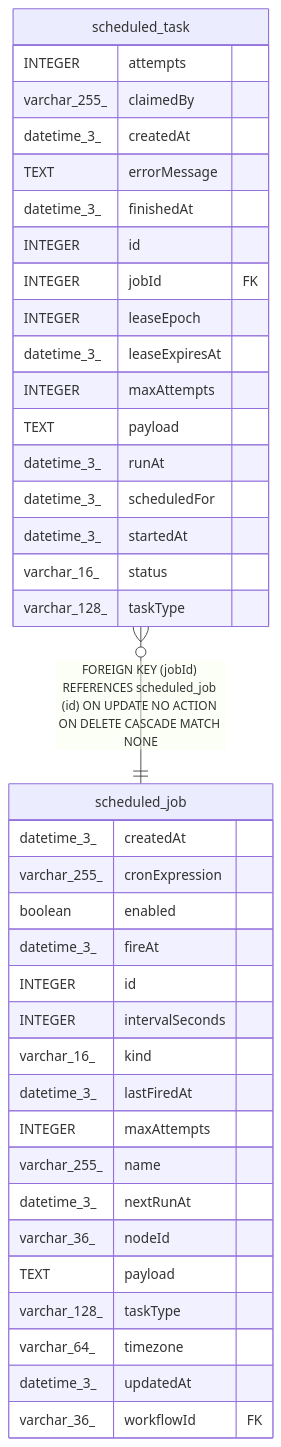
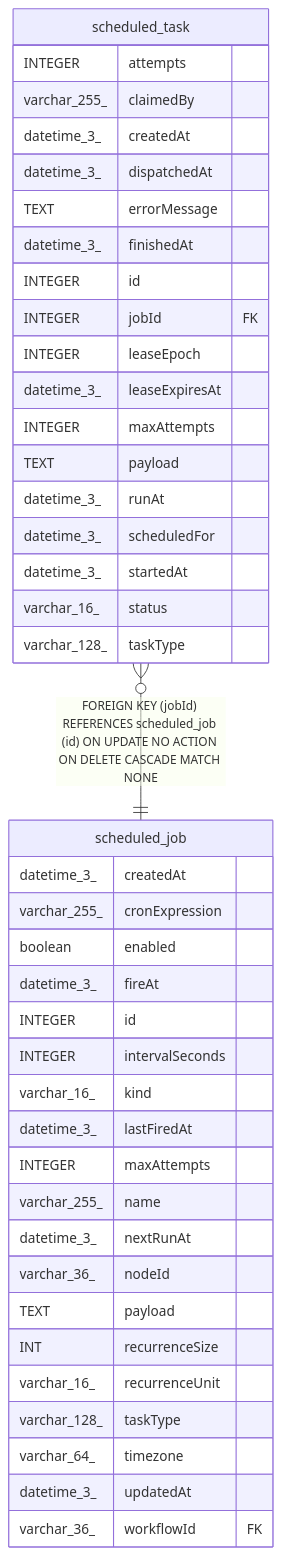
One commit to koreatest12/studys changed the diagram in n8n_integration/n8n_source/docs/generated/sqlite-schema/scheduled_task.md. Above: the diagram before and after it, drawn with Mermaid. The commit also changed other lines of this file and 2956 other files, not shown here.

````diff
--- a/n8n_integration/n8n_source/docs/generated/sqlite-schema/scheduled_task.md
+++ b/n8n_integration/n8n_source/docs/generated/sqlite-schema/scheduled_task.md
@@ -55,43 +56,46 @@
 ```mermaid
 erDiagram
 
 "scheduled_task" }o--|| "scheduled_job" : "FOREIGN KEY (jobId) REFERENCES scheduled_job (id) ON UPDATE NO ACTION ON DELETE CASCADE MATCH NONE"
 
 "scheduled_task" {
   INTEGER attempts
   varchar_255_ claimedBy
   datetime_3_ createdAt
+  datetime_3_ dispatchedAt
   TEXT errorMessage
   datetime_3_ finishedAt
   INTEGER id
   INTEGER jobId FK
   INTEGER leaseEpoch
   datetime_3_ leaseExpiresAt
   INTEGER maxAttempts
   TEXT payload
   datetime_3_ runAt
   datetime_3_ scheduledFor
   datetime_3_ startedAt
   varchar_16_ status
   varchar_128_ taskType
 }
 "scheduled_job" {
   datetime_3_ createdAt
   varchar_255_ cronExpression
   boolean enabled
   datetime_3_ fireAt
   INTEGER id
   INTEGER intervalSeconds
   varchar_16_ kind
   datetime_3_ lastFiredAt
   INTEGER maxAttempts
   varchar_255_ name
   datetime_3_ nextRunAt
   varchar_36_ nodeId
   TEXT payload
+  INT recurrenceSize
+  varchar_16_ recurrenceUnit
   varchar_128_ taskType
   varchar_64_ timezone
   datetime_3_ updatedAt
   varchar_36_ workflowId FK
 }
 ```
````
